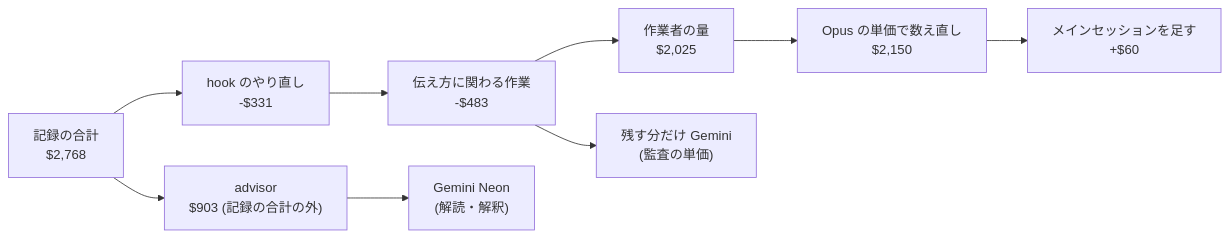
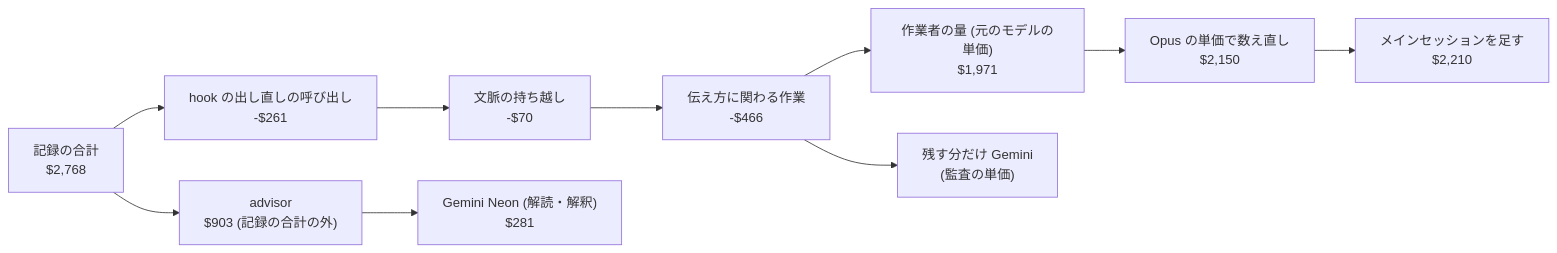
One commit to myurait/pda changed the diagram in docs/claude-unification/rule-gates.md. Above: the diagram before and after it, drawn with Mermaid. The commit also changed other lines of this file, not shown here.

Commit message:
6.12.1 節の図で文脈の持ち越しを分け、増減の値をそろえる

````diff
--- a/docs/claude-unification/rule-gates.md
+++ b/docs/claude-unification/rule-gates.md
@@ -748,11 +748,12 @@
 ```mermaid
 flowchart LR
-  R["記録の合計<br/>$2,768"] --> H["hook のやり直し<br/>-$331"]
+  R["記録の合計<br/>$2,768"] --> H["hook の出し直しの呼び出し<br/>-$261"]
+  H --> K["文脈の持ち越し<br/>-$70"]
+  K --> C["伝え方に関わる作業<br/>-$466"]
+  C --> W["作業者の量 (元のモデルの単価)<br/>$1,971"]
+  W --> O["Opus の単価で数え直し<br/>$2,150"]
+  O --> M["メインセッションを足す<br/>$2,210"]
   R --> A["advisor<br/>$903 (記録の合計の外)"]
-  H --> C["伝え方に関わる作業<br/>-$483"]
-  C --> W["作業者の量<br/>$2,025"]
-  W --> O["Opus の単価で数え直し<br/>$2,150"]
-  O --> M["メインセッションを足す<br/>+$60"]
-  A --> N["Gemini Neon<br/>(解読・解釈)"]
+  A --> N["Gemini Neon (解読・解釈)<br/>$281"]
   C --> G["残す分だけ Gemini<br/>(監査の単価)"]
 ```
````
